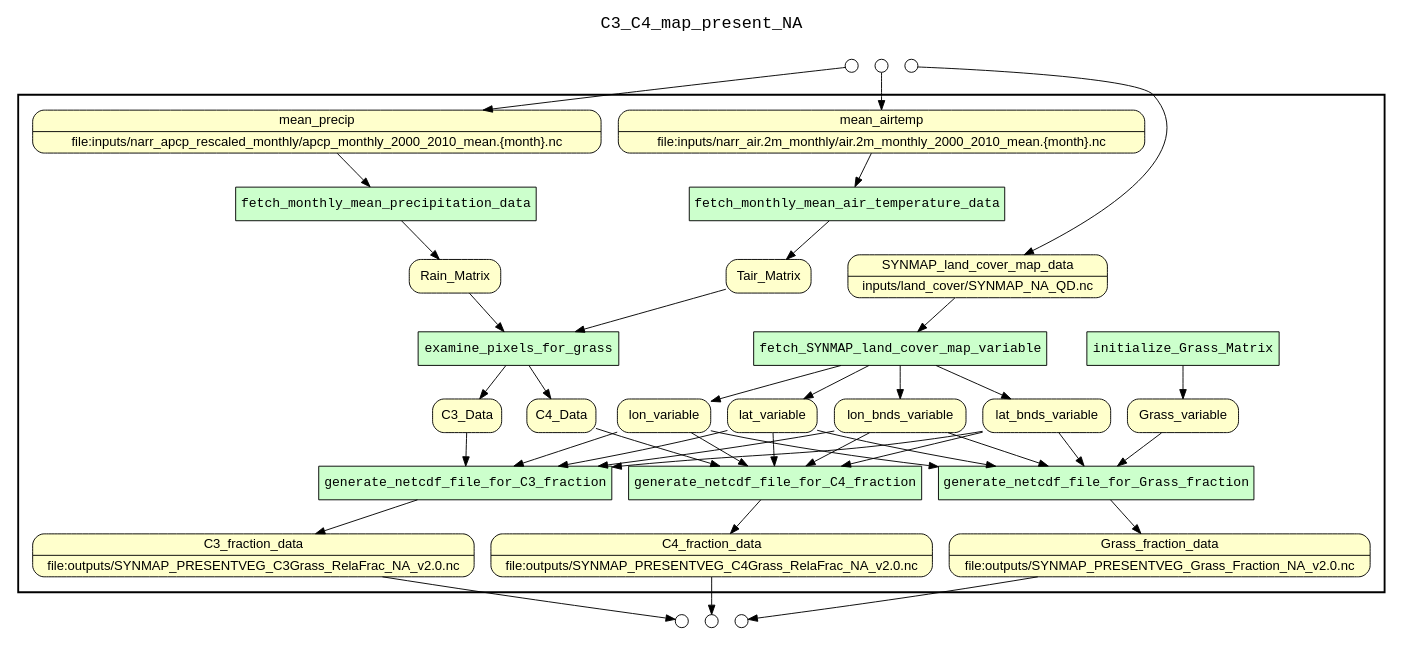
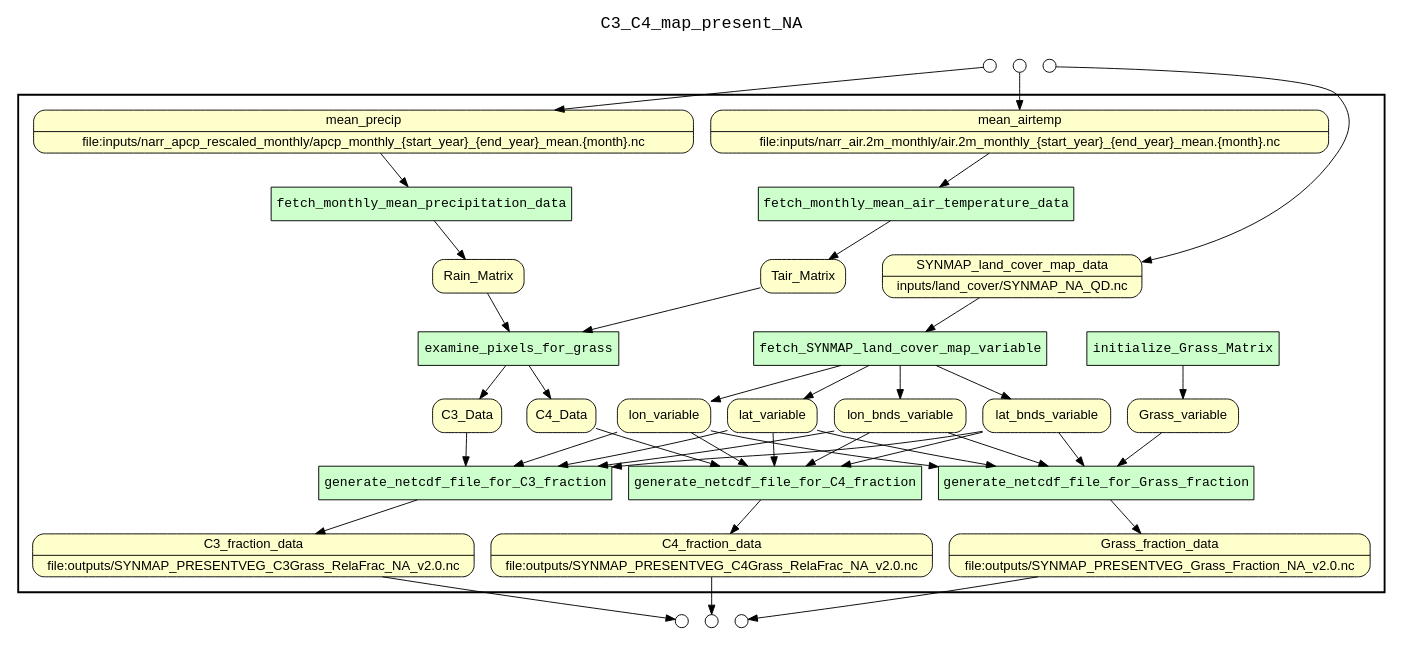
One commit to yesworkflow-org/yw-matlab changed the diagram in src/main/resources/examples/C3_C4_mapping/yw/combined.gv. Above: the diagram before and after it, drawn with Graphviz. The commit also changed 4 other files, not shown here.

```diff
--- a/src/main/resources/examples/C3_C4_mapping/yw/combined.gv
+++ b/src/main/resources/examples/C3_C4_mapping/yw/combined.gv
@@ -1,130 +1,130 @@
 
 /* Start of top-level graph */
 digraph Workflow {
 rankdir=TB
 
 /* Title for graph */
 fontname=Courier; fontsize=18; labelloc=t
 label=C3_C4_map_present_NA
 
 /* Start of double cluster for drawing box around nodes in workflow */
 subgraph cluster_workflow_box_outer { label=""; color=black; penwidth=2
 subgraph cluster_workflow_box_inner { label=""; color=white
 
 /* Style for nodes representing atomic programs in workflow */
 node[shape=box style=filled fillcolor="#CCFFCC" peripheries=1 fontname=Courier]
 
 /* Nodes representing atomic programs in workflow */
 fetch_SYNMAP_land_cover_map_variable
 fetch_monthly_mean_air_temperature_data
 fetch_monthly_mean_precipitation_data
 initialize_Grass_Matrix
 examine_pixels_for_grass
 generate_netcdf_file_for_C3_fraction
 generate_netcdf_file_for_C4_fraction
 generate_netcdf_file_for_Grass_fraction
 
 /* Style for nodes representing non-parameter data channels in workflow */
 node[shape=box style="rounded,filled" fillcolor="#FFFFCC" peripheries=1 fontname=Helvetica]
 
 /* Nodes for non-parameter data channels in workflow */
 C3_fraction_data [shape=record rankdir=LR label="{<f0> C3_fraction_data |<f1> file\:outputs/SYNMAP_PRESENTVEG_C3Grass_RelaFrac_NA_v2.0.nc}"];
 C4_fraction_data [shape=record rankdir=LR label="{<f0> C4_fraction_data |<f1> file\:outputs/SYNMAP_PRESENTVEG_C4Grass_RelaFrac_NA_v2.0.nc}"];
 Grass_fraction_data [shape=record rankdir=LR label="{<f0> Grass_fraction_data |<f1> file\:outputs/SYNMAP_PRESENTVEG_Grass_Fraction_NA_v2.0.nc}"];
 SYNMAP_land_cover_map_data [shape=record rankdir=LR label="{<f0> SYNMAP_land_cover_map_data |<f1> inputs/land_cover/SYNMAP_NA_QD.nc}"];
-mean_airtemp [shape=record rankdir=LR label="{<f0> mean_airtemp |<f1> file\:inputs/narr_air.2m_monthly/air.2m_monthly_2000_2010_mean.\{month\}.nc}"];
-mean_precip [shape=record rankdir=LR label="{<f0> mean_precip |<f1> file\:inputs/narr_apcp_rescaled_monthly/apcp_monthly_2000_2010_mean.\{month\}.nc}"];
+mean_airtemp [shape=record rankdir=LR label="{<f0> mean_airtemp |<f1> file\:inputs/narr_air.2m_monthly/air.2m_monthly_\{start_year\}_\{end_year\}_mean.\{month\}.nc}"];
+mean_precip [shape=record rankdir=LR label="{<f0> mean_precip |<f1> file\:inputs/narr_apcp_rescaled_monthly/apcp_monthly_\{start_year\}_\{end_year\}_mean.\{month\}.nc}"];
 Tair_Matrix
 Rain_Matrix
 lon_variable
 lat_variable
 lon_bnds_variable
 lat_bnds_variable
 C3_Data
 C4_Data
 Grass_variable
 
 /* Style for nodes representing parameter channels in workflow */
 node[shape=box style="rounded,filled" fillcolor="#FCFCFC" peripheries=1 fontname=Helvetica]
 
 /* Nodes representing parameter channels in workflow */
 
 /* Edges representing connections between programs and channels */
 fetch_SYNMAP_land_cover_map_variable -> lon_variable
 fetch_SYNMAP_land_cover_map_variable -> lat_variable
 fetch_SYNMAP_land_cover_map_variable -> lon_bnds_variable
 fetch_SYNMAP_land_cover_map_variable -> lat_bnds_variable
 SYNMAP_land_cover_map_data -> fetch_SYNMAP_land_cover_map_variable
 fetch_monthly_mean_air_temperature_data -> Tair_Matrix
 mean_airtemp -> fetch_monthly_mean_air_temperature_data
 fetch_monthly_mean_precipitation_data -> Rain_Matrix
 mean_precip -> fetch_monthly_mean_precipitation_data
 initialize_Grass_Matrix -> Grass_variable
 examine_pixels_for_grass -> C3_Data
 examine_pixels_for_grass -> C4_Data
 Tair_Matrix -> examine_pixels_for_grass
 Rain_Matrix -> examine_pixels_for_grass
 generate_netcdf_file_for_C3_fraction -> C3_fraction_data
 lon_variable -> generate_netcdf_file_for_C3_fraction
 lat_variable -> generate_netcdf_file_for_C3_fraction
 lon_bnds_variable -> generate_netcdf_file_for_C3_fraction
 lat_bnds_variable -> generate_netcdf_file_for_C3_fraction
 C3_Data -> generate_netcdf_file_for_C3_fraction
 generate_netcdf_file_for_C4_fraction -> C4_fraction_data
 lon_variable -> generate_netcdf_file_for_C4_fraction
 lat_variable -> generate_netcdf_file_for_C4_fraction
 lon_bnds_variable -> generate_netcdf_file_for_C4_fraction
 lat_bnds_variable -> generate_netcdf_file_for_C4_fraction
 C4_Data -> generate_netcdf_file_for_C4_fraction
 generate_netcdf_file_for_Grass_fraction -> Grass_fraction_data
 lon_variable -> generate_netcdf_file_for_Grass_fraction
 lat_variable -> generate_netcdf_file_for_Grass_fraction
 lon_bnds_variable -> generate_netcdf_file_for_Grass_fraction
 lat_bnds_variable -> generate_netcdf_file_for_Grass_fraction
 Grass_variable -> generate_netcdf_file_for_Grass_fraction
 
 /* End of double cluster for drawing box around nodes in workflow */
 }}
 
 /* Hidden double-cluster for grouping workflow input ports */
 subgraph cluster_input_ports_group_outer { label=""; color=white
 subgraph cluster_input_ports_group_inner { label=""; color=white
 
 /* Style for nodes representing workflow input ports */
 node[shape=circle style="rounded,filled" fillcolor="#FFFFFF" peripheries=1 fontname=Helvetica width=0.2]
 
 /* Nodes representing workflow input ports */
 SYNMAP_land_cover_map_data_input_port [label=""]
 mean_airtemp_input_port [label=""]
 mean_precip_input_port [label=""]
 
 /* End of double-cluster for grouping workflow input ports */
 }}
 
 /* Hidden double-cluster for grouping workflow output ports */
 subgraph cluster_output_ports_group_outer { label=""; color=white
 subgraph cluster_output_ports_group_inner { label=""; color=white
 
 /* Style for nodes representing workflow output ports */
 node[shape=circle style="rounded,filled" fillcolor="#FFFFFF" peripheries=1 fontname=Helvetica width=0.2]
 
 /* Nodes representing workflow output ports */
 C3_fraction_data_output_port [label=""]
 C4_fraction_data_output_port [label=""]
 Grass_fraction_data_output_port [label=""]
 
 /* End of double-cluster for grouping workflow output ports */
 }}
 
 /* Edges from input ports to channels */
 SYNMAP_land_cover_map_data_input_port -> SYNMAP_land_cover_map_data
 mean_airtemp_input_port -> mean_airtemp
 mean_precip_input_port -> mean_precip
 
 /* Edges from channels to output ports */
 C3_fraction_data -> C3_fraction_data_output_port
 C4_fraction_data -> C4_fraction_data_output_port
 Grass_fraction_data -> Grass_fraction_data_output_port
 
 /* End of top-level graph */
 }
```
